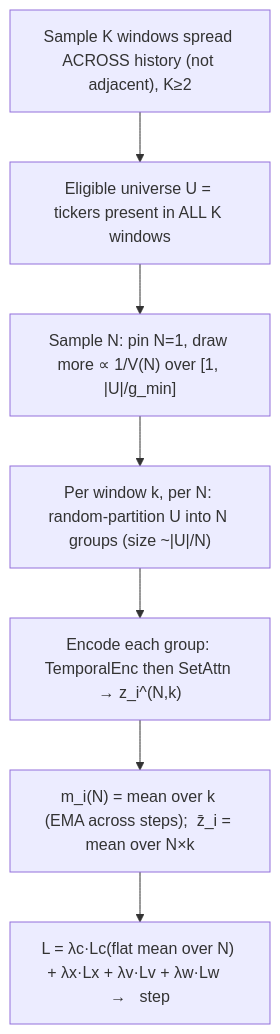
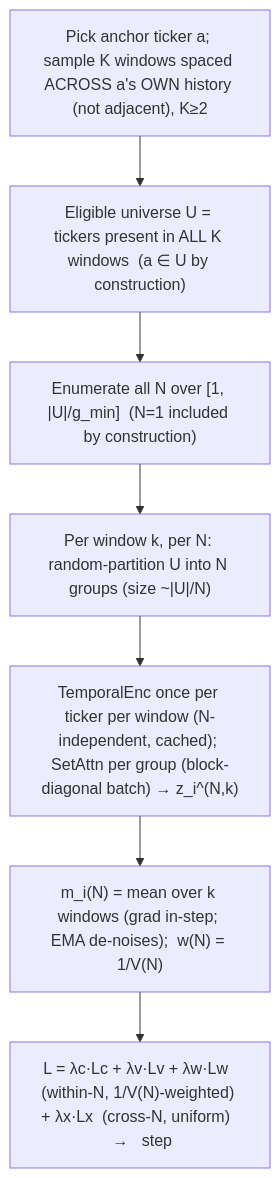
One commit to hpnyaggerman/stonks changed the second of 2 diagrams in stock_identity.md. Above: the diagram before and after it, drawn with Mermaid. The commit also changed other lines of this file, not shown here.

````diff
--- a/stock_identity.md
+++ b/stock_identity.md
@@ -129,11 +133,11 @@
 ```mermaid
 flowchart TD
-  S["Sample K windows spread ACROSS history (not adjacent), K≥2"]
-  E["Eligible universe U = tickers present in ALL K windows"]
-  NS["Sample N: pin N=1, draw more ∝ 1/V(N) over [1, |U|/g_min]"]
+  S["Pick anchor ticker a; sample K windows spaced ACROSS a's OWN history (not adjacent), K≥2"]
+  E["Eligible universe U = tickers present in ALL K windows  (a ∈ U by construction)"]
+  NS["Enumerate all N over [1, |U|/g_min]  (N=1 included by construction)"]
   P["Per window k, per N: random-partition U into N groups (size ~|U|/N)"]
-  GE["Encode each group: TemporalEnc then SetAttn → z_i^(N,k)"]
-  AGG["m_i(N) = mean over k (EMA across steps);  z̄_i = mean over N×k"]
-  L["L = λc·Lc(flat mean over N) + λx·Lx + λv·Lv + λw·Lw   →   step"]
+  GE["TemporalEnc once per ticker per window (N-independent, cached); SetAttn per group (block-diagonal batch) → z_i^(N,k)"]
+  AGG["m_i(N) = mean over k windows (grad in-step; EMA de-noises);  w(N) = 1/V(N)"]
+  L["L = λc·Lc + λv·Lv + λw·Lw  (within-N, 1/V(N)-weighted) + λx·Lx  (cross-N, uniform)   →   step"]
   S --> E --> NS --> P --> GE --> AGG --> L
 ```
````
